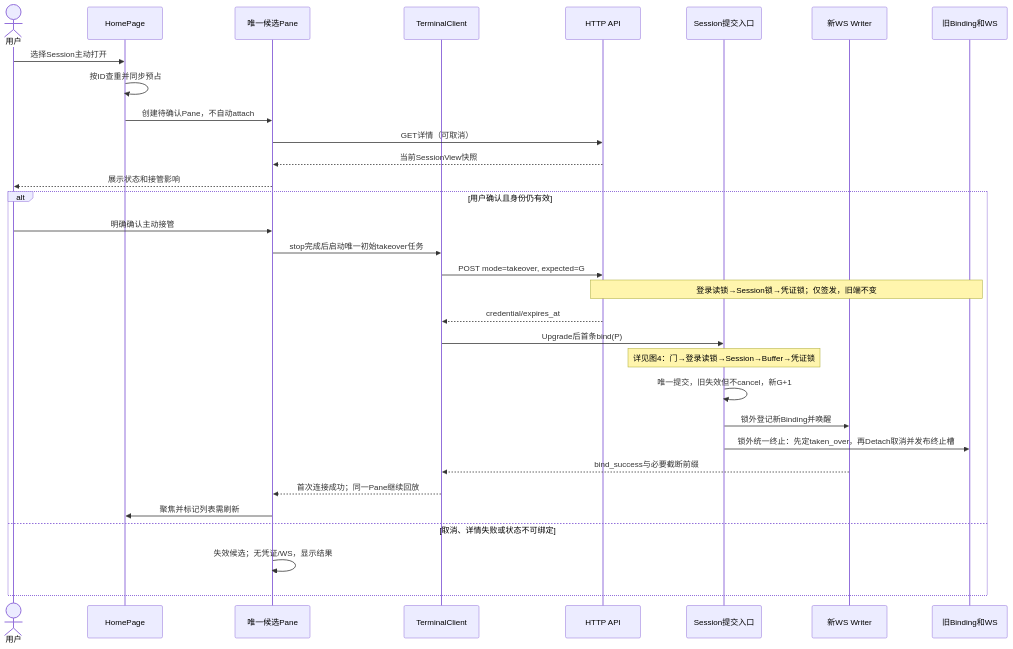
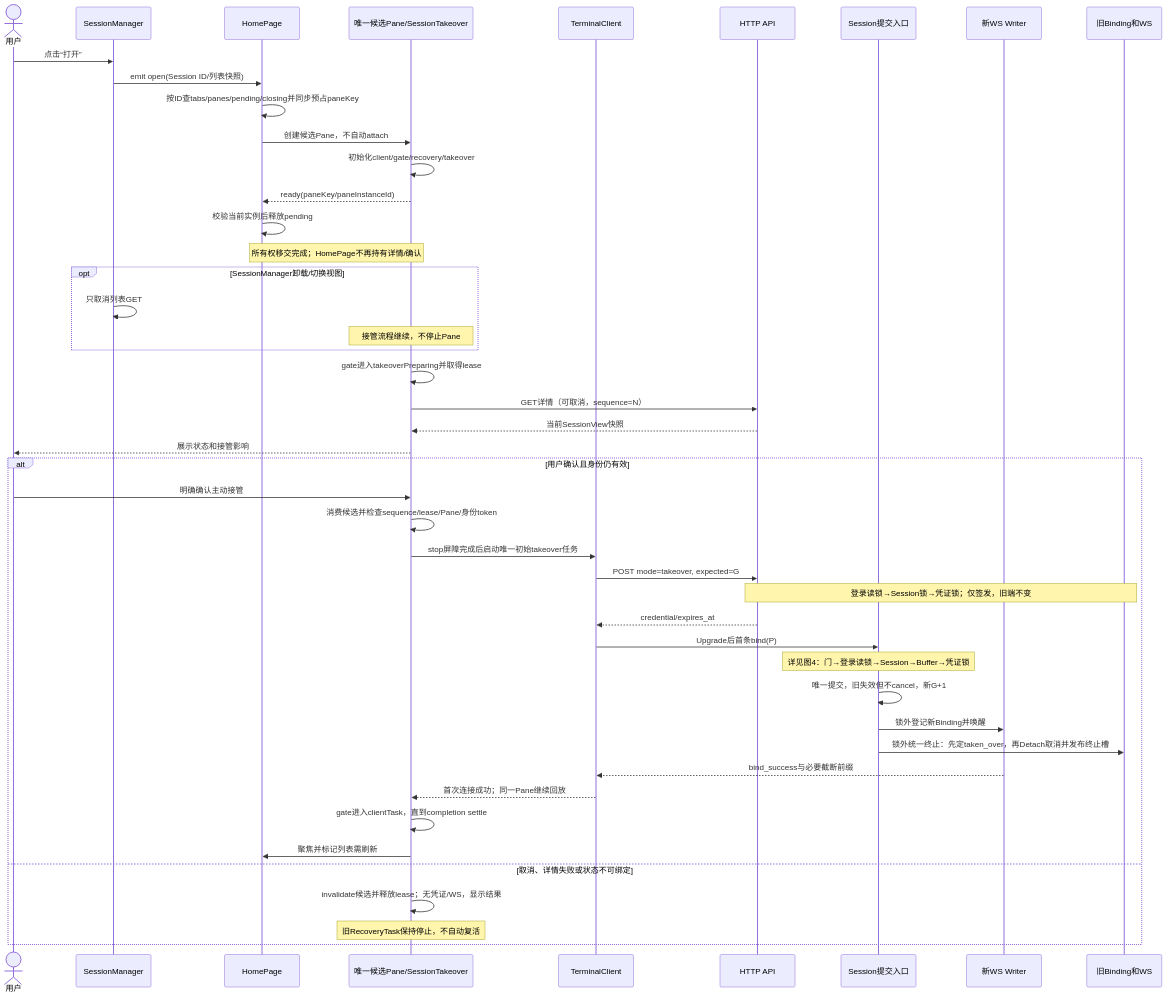
The second of 11 diagrams in doc/stage-5-implementation-plan.md (stearsc/web-ssh), drawn with Mermaid before and after one commit. The commit also changed other lines of this file and 4 other files, not shown here.

````diff
--- a/doc/stage-5-implementation-plan.md
+++ b/doc/stage-5-implementation-plan.md
@@ -412,34 +533,48 @@
 ```mermaid
 sequenceDiagram
     actor U as 用户
+    participant M as SessionManager
     participant H as HomePage
-    participant P as 唯一候选Pane
+    participant P as 唯一候选Pane/SessionTakeover
     participant C as TerminalClient
     participant API as HTTP API
     participant S as Session提交入口
     participant W as 新WS Writer
     participant O as 旧Binding和WS
-    U->>H: 选择Session主动打开
-    H->>H: 按ID查重并同步预占
-    H->>P: 创建待确认Pane，不自动attach
-    P->>API: GET详情（可取消）
+    U->>M: 点击“打开”
+    M->>H: emit open(Session ID/列表快照)
+    H->>H: 按ID查tabs/panes/pending/closing并同步预占paneKey
+    H->>P: 创建候选Pane，不自动attach
+    P->>P: 初始化client/gate/recovery/takeover
+    P-->>H: ready(paneKey/paneInstanceId)
+    H->>H: 校验当前实例后释放pending
+    Note over H,P: 所有权移交完成；HomePage不再持有详情/确认
+    opt SessionManager卸载/切换视图
+        M->>M: 只取消列表GET
+        Note over P: 接管流程继续，不停止Pane
+    end
+    P->>P: gate进入takeoverPreparing并取得lease
+    P->>API: GET详情（可取消，sequence=N）
     API-->>P: 当前SessionView快照
     P-->>U: 展示状态和接管影响
     alt 用户确认且身份仍有效
         U->>P: 明确确认主动接管
-        P->>C: stop完成后启动唯一初始takeover任务
+        P->>P: 消费候选并检查sequence/lease/Pane/身份token
+        P->>C: stop屏障完成后启动唯一初始takeover任务
         C->>API: POST mode=takeover, expected=G
         Note over API,O: 登录读锁→Session锁→凭证锁；仅签发，旧端不变
         API-->>C: credential/expires_at
         C->>S: Upgrade后首条bind(P)
         Note over S: 详见图4：门→登录读锁→Session→Buffer→凭证锁
         S->>S: 唯一提交，旧失效但不cancel，新G+1
         S->>W: 锁外登记新Binding并唤醒
         S->>O: 锁外统一终止：先定taken_over，再Detach取消并发布终止槽
         W-->>C: bind_success与必要截断前缀
         C-->>P: 首次连接成功；同一Pane继续回放
+        P->>P: gate进入clientTask，直到completion settle
         P->>H: 聚焦并标记列表需刷新
     else 取消、详情失败或状态不可绑定
-        P->>P: 失效候选；无凭证/WS，显示结果
+        P->>P: invalidate候选并释放lease；无凭证/WS，显示结果
+        Note over P: 旧RecoveryTask保持停止，不自动复活
     end
 ```
````
